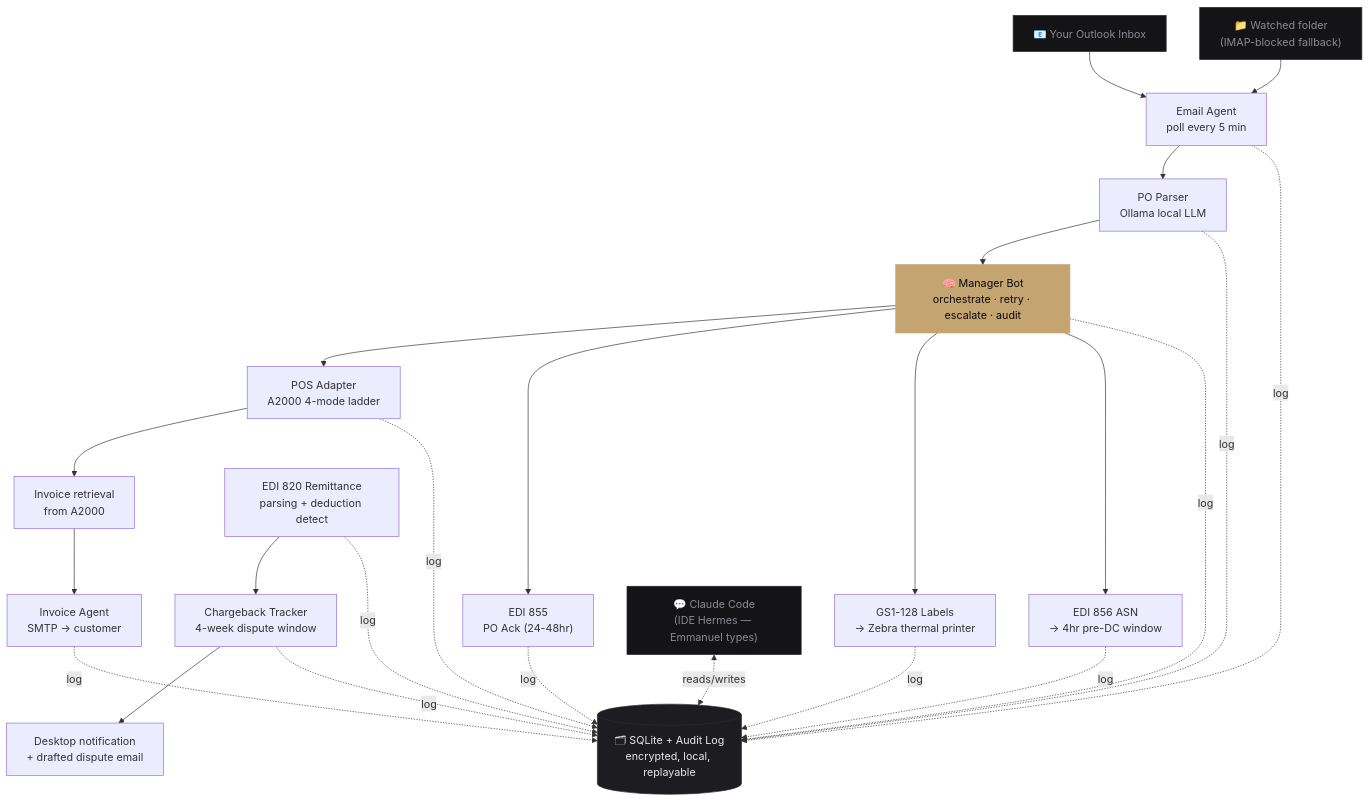
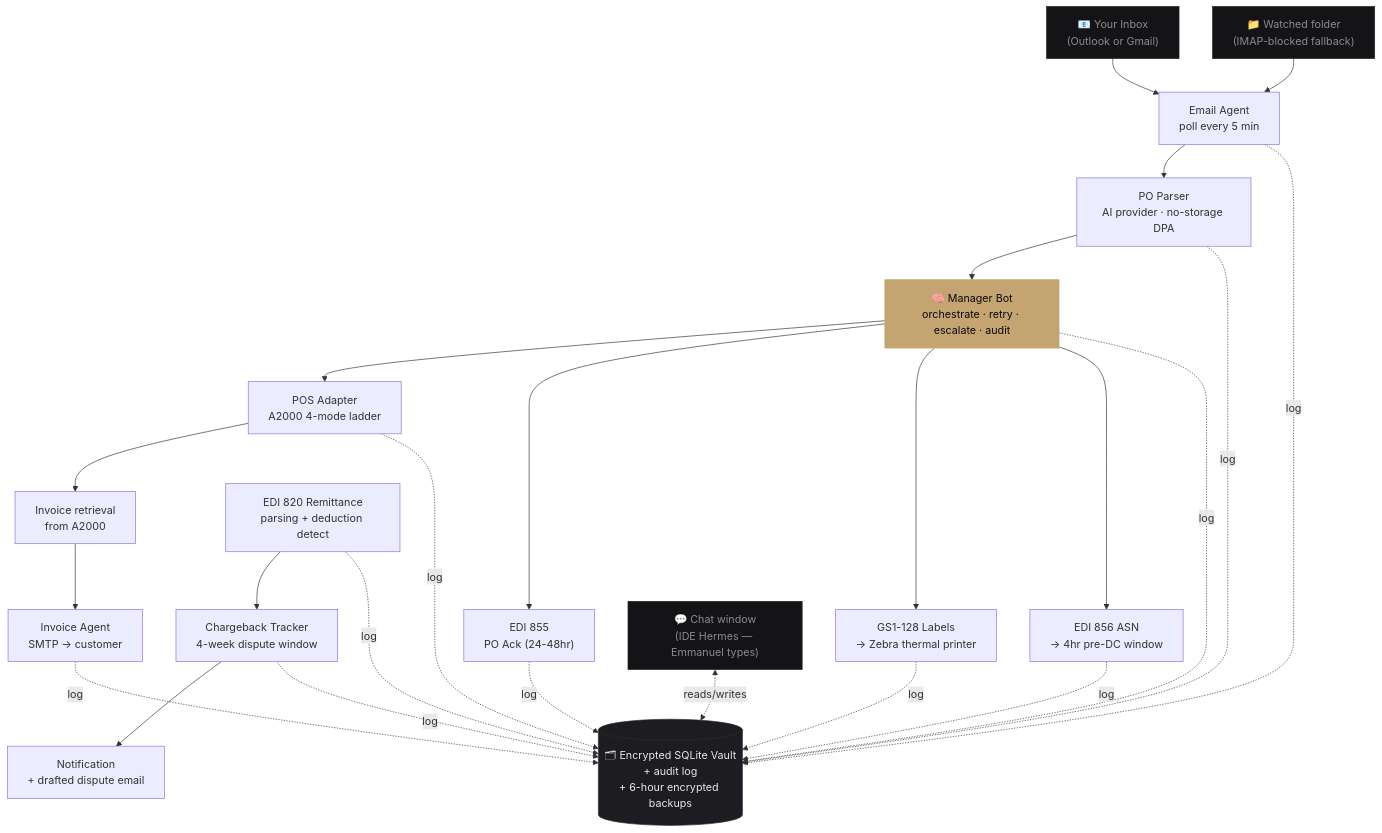
Before and after one commit to CC90210/hermes: the first of 3 diagrams in docs/DEMO.md, drawn with Mermaid. The commit also changed other lines of this file and 5 other files, not shown here.

````diff
--- a/docs/DEMO.md
+++ b/docs/DEMO.md
@@ -29,44 +50,44 @@
 ```mermaid
 flowchart TD
-    Inbox["📧 Your Outlook Inbox"] --> EmailAgent
+    Inbox["📧 Your Inbox<br/>(Outlook or Gmail)"] --> EmailAgent
     Drop["📁 Watched folder<br/>(IMAP-blocked fallback)"] --> EmailAgent
 
     EmailAgent["Email Agent<br/>poll every 5 min"] --> Parser
-    Parser["PO Parser<br/>Ollama local LLM"] --> Manager
+    Parser["PO Parser<br/>AI provider · no-storage DPA"] --> Manager
 
     Manager["🧠 Manager Bot<br/>orchestrate · retry · escalate · audit"]
 
     Manager --> POS["POS Adapter<br/>A2000 4-mode ladder"]
     Manager --> Ack["EDI 855<br/>PO Ack (24-48hr)"]
     Manager --> Labels["GS1-128 Labels<br/>→ Zebra thermal printer"]
     Manager --> ASN["EDI 856 ASN<br/>→ 4hr pre-DC window"]
 
     POS --> InvoiceGen["Invoice retrieval<br/>from A2000"]
     InvoiceGen --> InvoiceSend["Invoice Agent<br/>SMTP → customer"]
 
     Remit["EDI 820 Remittance<br/>parsing + deduction detect"] --> Chargeback["Chargeback Tracker<br/>4-week dispute window"]
-    Chargeback --> Alert["Desktop notification<br/>+ drafted dispute email"]
+    Chargeback --> Alert["Notification<br/>+ drafted dispute email"]
 
-    Audit[("🗂 SQLite + Audit Log<br/>encrypted, local, replayable")]
+    Vault[("🗂 Encrypted SQLite Vault<br/>+ audit log<br/>+ 6-hour encrypted backups")]
 
-    EmailAgent -.log.-> Audit
-    Parser -.log.-> Audit
-    Manager -.log.-> Audit
-    POS -.log.-> Audit
-    Ack -.log.-> Audit
-    Labels -.log.-> Audit
-    ASN -.log.-> Audit
-    InvoiceSend -.log.-> Audit
-    Remit -.log.-> Audit
-    Chargeback -.log.-> Audit
+    EmailAgent -.log.-> Vault
+    Parser -.log.-> Vault
+    Manager -.log.-> Vault
+    POS -.log.-> Vault
+    Ack -.log.-> Vault
+    Labels -.log.-> Vault
+    ASN -.log.-> Vault
+    InvoiceSend -.log.-> Vault
+    Remit -.log.-> Vault
+    Chargeback -.log.-> Vault
 
-    IDE["💬 Claude Code<br/>(IDE Hermes — Emmanuel types)"] <-.reads/writes.-> Audit
+    IDE["💬 Chat window<br/>(IDE Hermes — Emmanuel types)"] <-.reads/writes.-> Vault
 
     classDef primary fill:#c4a572,color:#0a0a0b,stroke:#c4a572
     classDef log fill:#1c1c21,color:#e8e8ea,stroke:#2a2a30
     classDef ext fill:#141417,color:#8a8a92,stroke:#2a2a30
 
     class Manager primary
-    class Audit log
+    class Vault log
     class Inbox,Drop,IDE ext
 ```
````
